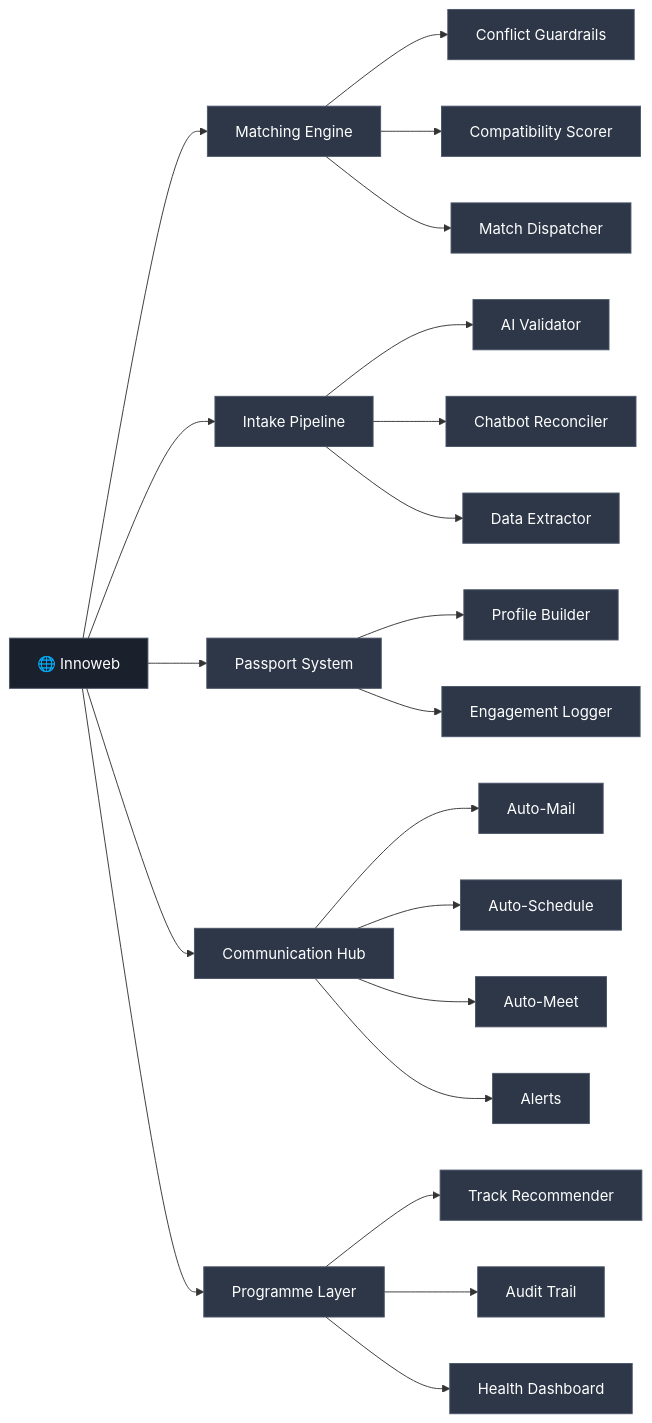
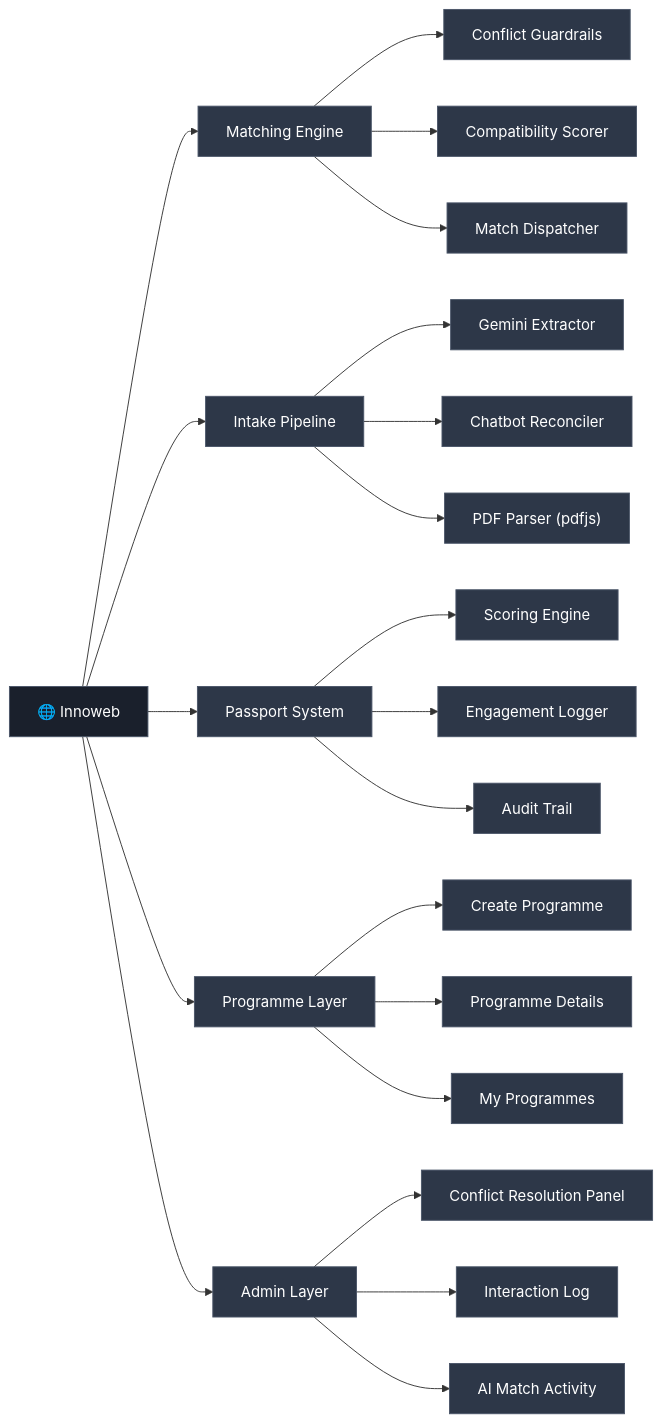
One commit to Ruchi-kun/Innoweb changed the first of 4 diagrams in README.md. Above: the diagram before and after it, drawn with Mermaid. The commit also changed other lines of this file, not shown here.

````diff
--- a/README.md
+++ b/README.md
@@ -123,52 +110,52 @@
 ```mermaid
 graph LR
     Innoweb["🌐 Innoweb"]
 
     Innoweb --> MatchingEngine["Matching Engine"]
     Innoweb --> IntakePipeline["Intake Pipeline"]
     Innoweb --> PassportSystem["Passport System"]
-    Innoweb --> CommunicationHub["Communication Hub"]
     Innoweb --> ProgrammeLayer["Programme Layer"]
+    Innoweb --> AdminLayer["Admin Layer"]
 
     MatchingEngine --> ConflictGuardrails["Conflict Guardrails"]
     MatchingEngine --> CompatibilityScorer["Compatibility Scorer"]
-    MatchingEngine --> MatchProposal["Match Dispatcher"]
+    MatchingEngine --> MatchDispatcher["Match Dispatcher"]
 
-    IntakePipeline --> AIValidator["AI Validator"]
+    IntakePipeline --> GeminiExtractor["Gemini Extractor"]
     IntakePipeline --> ChatbotReconciler["Chatbot Reconciler"]
-    IntakePipeline --> DataExtractor["Data Extractor"]
+    IntakePipeline --> PDFParser["PDF Parser (pdfjs)"]
 
-    PassportSystem --> ProfileBuilder["Profile Builder"]
+    PassportSystem --> ScoringEngine["Scoring Engine"]
     PassportSystem --> EngagementLogger["Engagement Logger"]
+    PassportSystem --> AuditTrail["Audit Trail"]
 
-    CommunicationHub --> AutoMail["Auto-Mail"]
-    CommunicationHub --> AutoSchedule["Auto-Schedule"]
-    CommunicationHub --> AutoMeet["Auto-Meet"]
-    CommunicationHub --> EngagementAlerts["Alerts"]
+    ProgrammeLayer --> CreateProgramme["Create Programme"]
+    ProgrammeLayer --> ProgrammeDetails["Programme Details"]
+    ProgrammeLayer --> MyProgrammes["My Programmes"]
 
-    ProgrammeLayer --> TrackSelector["Track Recommender"]
-    ProgrammeLayer --> AuditTrail["Audit Trail"]
-    ProgrammeLayer --> HealthDashboard["Health Dashboard"]
+    AdminLayer --> ConflictPanel["Conflict Resolution Panel"]
+    AdminLayer --> InteractionLog["Interaction Log"]
+    AdminLayer --> AIMatchLog["AI Match Activity"]
 
     style Innoweb fill:#1a202c,stroke:#4a5568,color:#fff
     style MatchingEngine fill:#2d3748,stroke:#4a5568,color:#fff
     style IntakePipeline fill:#2d3748,stroke:#4a5568,color:#fff
     style PassportSystem fill:#2d3748,stroke:#4a5568,color:#fff
-    style CommunicationHub fill:#2d3748,stroke:#4a5568,color:#fff
     style ProgrammeLayer fill:#2d3748,stroke:#4a5568,color:#fff
+    style AdminLayer fill:#2d3748,stroke:#4a5568,color:#fff
     style ConflictGuardrails fill:#2d3748,stroke:#4a5568,color:#fff
     style CompatibilityScorer fill:#2d3748,stroke:#4a5568,color:#fff
-    style MatchProposal fill:#2d3748,stroke:#4a5568,color:#fff
-    style AIValidator fill:#2d3748,stroke:#4a5568,color:#fff
+    style MatchDispatcher fill:#2d3748,stroke:#4a5568,color:#fff
+    style GeminiExtractor fill:#2d3748,stroke:#4a5568,color:#fff
     style ChatbotReconciler fill:#2d3748,stroke:#4a5568,color:#fff
-    style DataExtractor fill:#2d3748,stroke:#4a5568,color:#fff
-    style ProfileBuilder fill:#2d3748,stroke:#4a5568,color:#fff
+    style PDFParser fill:#2d3748,stroke:#4a5568,color:#fff
+    style ScoringEngine fill:#2d3748,stroke:#4a5568,color:#fff
     style EngagementLogger fill:#2d3748,stroke:#4a5568,color:#fff
-    style AutoMail fill:#2d3748,stroke:#4a5568,color:#fff
-    style AutoSchedule fill:#2d3748,stroke:#4a5568,color:#fff
-    style AutoMeet fill:#2d3748,stroke:#4a5568,color:#fff
-    style EngagementAlerts fill:#2d3748,stroke:#4a5568,color:#fff
-    style TrackSelector fill:#2d3748,stroke:#4a5568,color:#fff
     style AuditTrail fill:#2d3748,stroke:#4a5568,color:#fff
-    style HealthDashboard fill:#2d3748,stroke:#4a5568,color:#fff
+    style CreateProgramme fill:#2d3748,stroke:#4a5568,color:#fff
+    style ProgrammeDetails fill:#2d3748,stroke:#4a5568,color:#fff
+    style MyProgrammes fill:#2d3748,stroke:#4a5568,color:#fff
+    style ConflictPanel fill:#2d3748,stroke:#4a5568,color:#fff
+    style InteractionLog fill:#2d3748,stroke:#4a5568,color:#fff
+    style AIMatchLog fill:#2d3748,stroke:#4a5568,color:#fff
 ```
````
